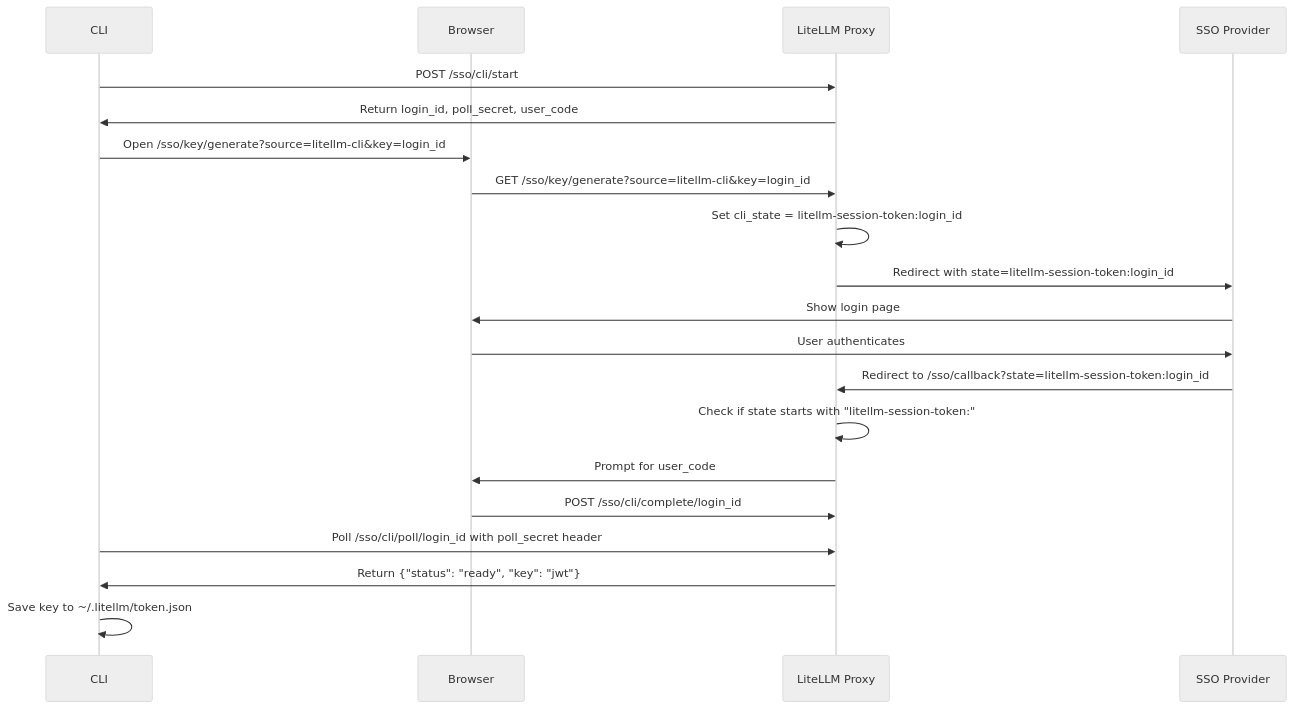
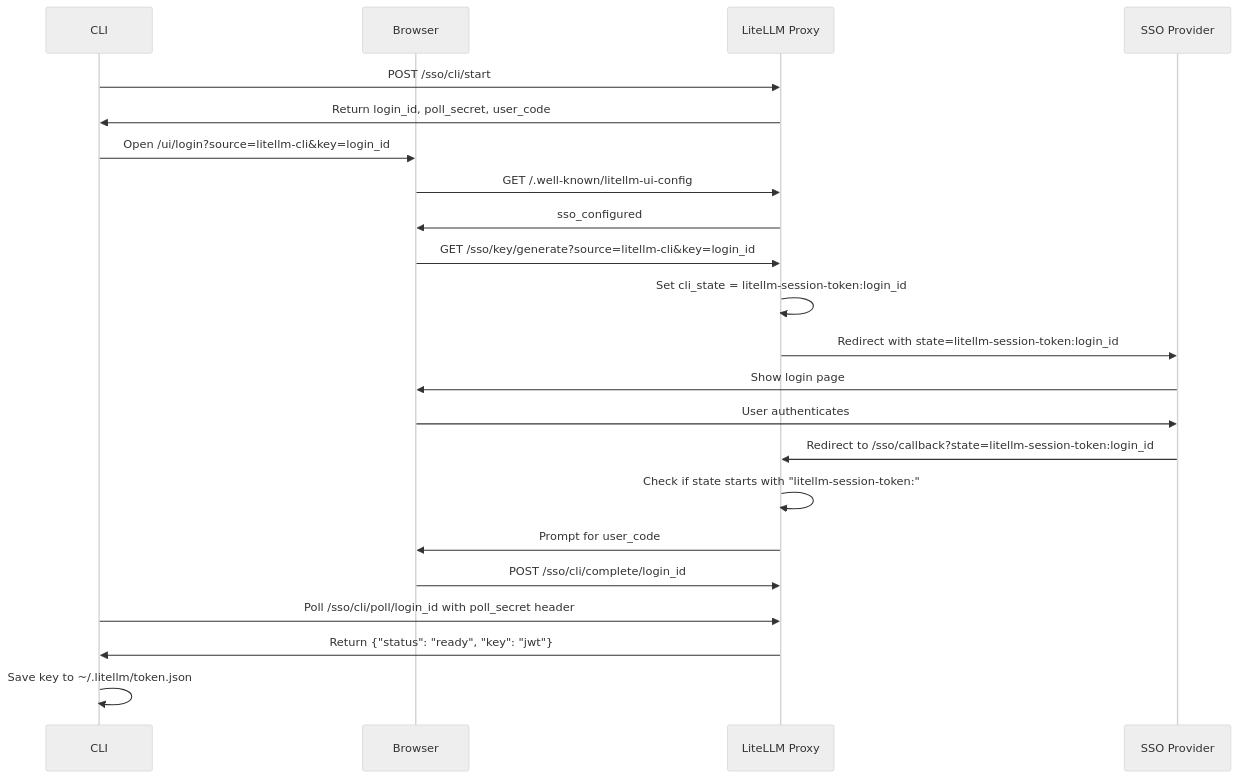
The diagram in litellm/proxy/client/README.md (BerriAI/litellm), drawn with Mermaid (neutral theme) before and after one commit. The commit also changed other lines of this file and 4 other files, not shown here.

Commit message:
feat(cli): route lite login through /ui/login with SSO when configured

````diff
--- a/litellm/proxy/client/README.md
+++ b/litellm/proxy/client/README.md
@@ -309,27 +309,29 @@
 ```mermaid
 sequenceDiagram
     participant CLI as CLI
     participant Browser as Browser
     participant Proxy as LiteLLM Proxy
     participant SSO as SSO Provider
     
     CLI->>Proxy: POST /sso/cli/start
     Proxy->>CLI: Return login_id, poll_secret, user_code
-    CLI->>Browser: Open /sso/key/generate?source=litellm-cli&key=login_id
+    CLI->>Browser: Open /ui/login?source=litellm-cli&key=login_id
     
+    Browser->>Proxy: GET /.well-known/litellm-ui-config
+    Proxy->>Browser: sso_configured
     Browser->>Proxy: GET /sso/key/generate?source=litellm-cli&key=login_id
     Proxy->>Proxy: Set cli_state = litellm-session-token:login_id
     Proxy->>SSO: Redirect with state=litellm-session-token:login_id
     
     SSO->>Browser: Show login page
     Browser->>SSO: User authenticates
     SSO->>Proxy: Redirect to /sso/callback?state=litellm-session-token:login_id
     
     Proxy->>Proxy: Check if state starts with "litellm-session-token:"
     Proxy->>Browser: Prompt for user_code
     Browser->>Proxy: POST /sso/cli/complete/login_id
     
     CLI->>Proxy: Poll /sso/cli/poll/login_id with poll_secret header
     Proxy->>CLI: Return {"status": "ready", "key": "jwt"}
     CLI->>CLI: Save key to ~/.litellm/token.json
 ```
````
